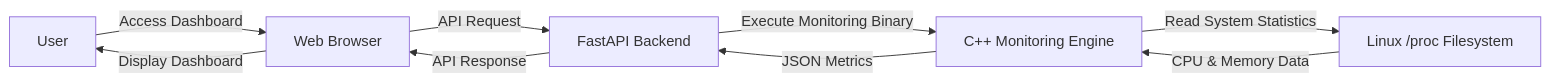
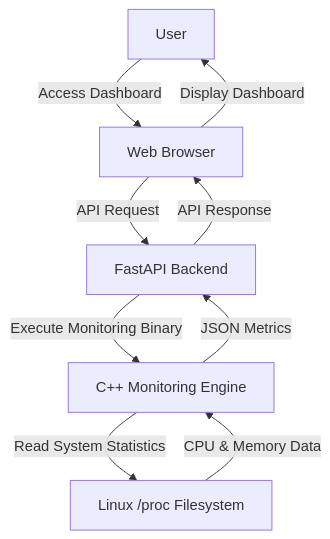
The diagram in docs/diagrams/Data_Flow_Diagram_Level_1.md (SemwalAkhil/system-performance-visualizer), drawn with Mermaid before and after one commit. The commit also changed 6 other files, not shown here.

Commit message:
Updating diagrams

````diff
--- a/docs/diagrams/Data_Flow_Diagram_Level_1.md
+++ b/docs/diagrams/Data_Flow_Diagram_Level_1.md
@@ -1,18 +1,11 @@
 ```mermaid
-flowchart LR
-
-    User["User"]
-    Browser["Web Browser"]
-    Backend["FastAPI Backend"]
-    Engine["C++ Monitoring Engine"]
-    Kernel["Linux /proc Filesystem"]
-
-    User -->|Access Dashboard| Browser
-    Browser -->|API Request| Backend
-    Backend -->|Execute Monitoring Binary| Engine
-    Engine -->|Read System Statistics| Kernel
-    Kernel -->|CPU & Memory Data| Engine
-    Engine -->|JSON Metrics| Backend
-    Backend -->|API Response| Browser
-    Browser -->|Display Dashboard| User
+flowchart TB
+    User["User"] -- Access Dashboard --> Browser["Web Browser"]
+    Browser -- API Request --> Backend["FastAPI Backend"]
+    Backend -- Execute Monitoring Binary --> Engine["C++ Monitoring Engine"]
+    Engine -- Read System Statistics --> Kernel["Linux /proc Filesystem"]
+    Kernel -- CPU & Memory Data --> Engine
+    Engine -- JSON Metrics --> Backend
+    Backend -- API Response --> Browser
+    Browser -- Display Dashboard --> User
 ```
````
